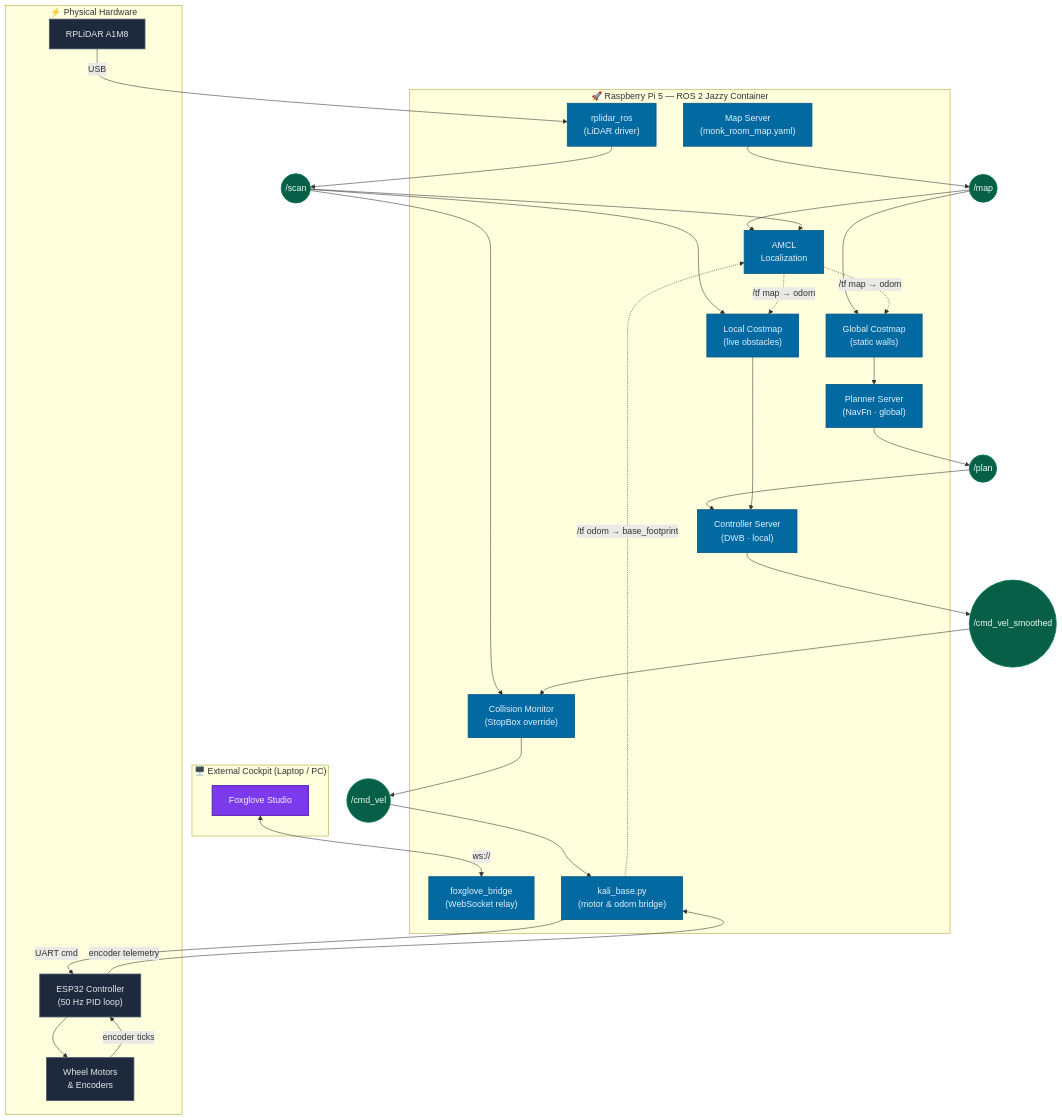
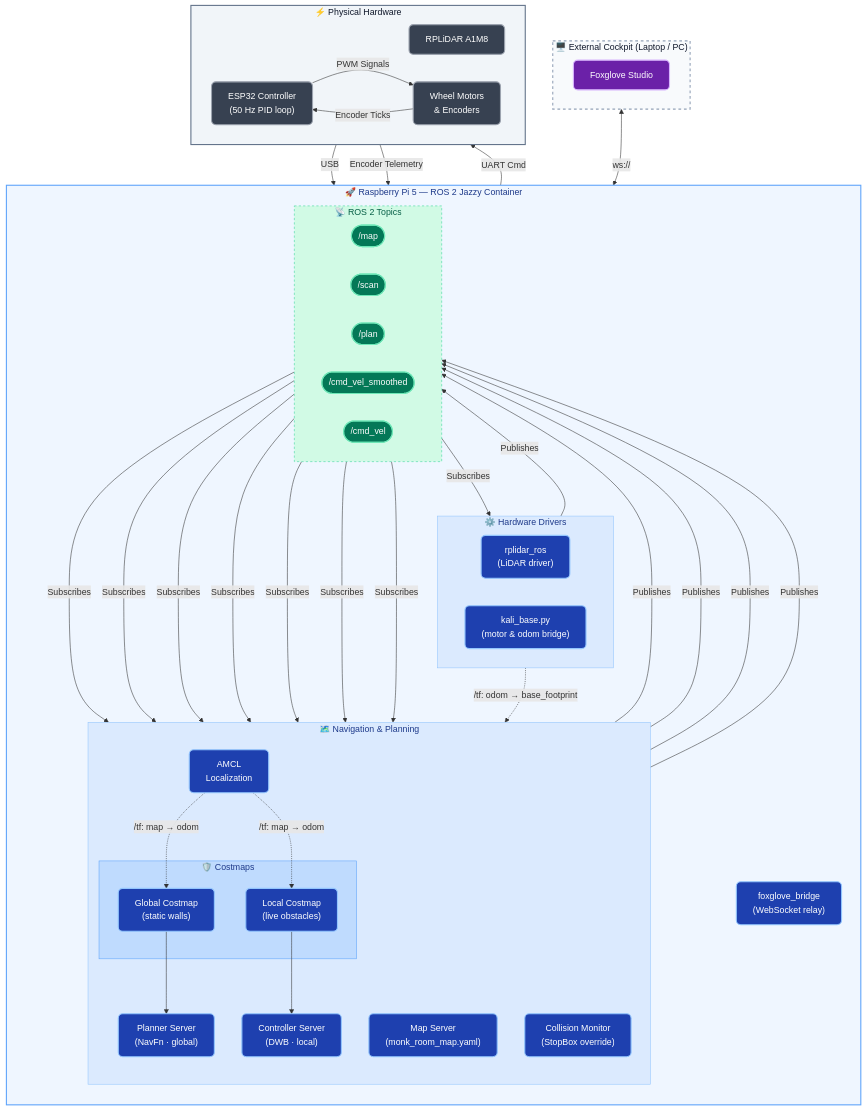
One commit to harshagm665-netizen/amr-nav-stack changed the diagram in README.md. Above: the diagram before and after it, drawn with Mermaid.

Commit message:
docs: Update architecture mermaid chart to professional style

````diff
--- a/README.md
+++ b/README.md
@@ -34,75 +34,112 @@
 ```mermaid
 flowchart TB
-    classDef cockpit  fill:#7c3aed,stroke:#5b21b6,stroke-width:2px,color:#f5f3ff
-    classDef rosnode  fill:#0369a1,stroke:#075985,stroke-width:1.5px,color:#e0f2fe
-    classDef topic    fill:#065f46,stroke:#047857,stroke-width:1.5px,color:#ecfdf5
-    classDef hardware fill:#1e293b,stroke:#475569,stroke-width:1.5px,color:#e2e8f0
+    %% Styling Definitions
+    classDef cockpit  fill:#6B21A8,stroke:#D8B4FE,stroke-width:2px,color:#FFFFFF,rx:8,ry:8
+    classDef rosnode  fill:#1E40AF,stroke:#93C5FD,stroke-width:2px,color:#FFFFFF,rx:8,ry:8
+    classDef topic    fill:#047857,stroke:#6EE7B7,stroke-width:2px,color:#FFFFFF,rx:15,ry:15
+    classDef hardware fill:#374151,stroke:#9CA3AF,stroke-width:2px,color:#FFFFFF,rx:8,ry:8
 
-    subgraph Cockpit["🖥️  External Cockpit  (Laptop / PC)"]
+    %% Cockpit Environment
+    subgraph Cockpit ["🖥️ External Cockpit (Laptop / PC)"]
+        direction LR
         Studio["Foxglove Studio"]:::cockpit
     end
 
-    subgraph Pi["🚀  Raspberry Pi 5  —  ROS 2 Jazzy Container"]
+    %% Raspberry Pi Environment
+    subgraph Pi ["🚀 Raspberry Pi 5 — ROS 2 Jazzy Container"]
+        direction TB
         Bridge["foxglove_bridge<br/>(WebSocket relay)"]:::rosnode
-        MapSrv["Map Server<br/>(monk_room_map.yaml)"]:::rosnode
-        AMCL["AMCL<br/>Localization"]:::rosnode
-        GCost["Global Costmap<br/>(static walls)"]:::rosnode
-        LCost["Local Costmap<br/>(live obstacles)"]:::rosnode
-        Planner["Planner Server<br/>(NavFn · global)"]:::rosnode
-        Ctrl["Controller Server<br/>(DWB · local)"]:::rosnode
-        CollMon["Collision Monitor<br/>(StopBox override)"]:::rosnode
-        Base["kali_base.py<br/>(motor & odom bridge)"]:::rosnode
-        LidarDrv["rplidar_ros<br/>(LiDAR driver)"]:::rosnode
+
+        subgraph Navigation ["🗺️ Navigation & Planning"]
+            direction TB
+            MapSrv["Map Server<br/>(monk_room_map.yaml)"]:::rosnode
+            AMCL["AMCL<br/>Localization"]:::rosnode
+            
+            subgraph Costmaps ["🛡️ Costmaps"]
+                GCost["Global Costmap<br/>(static walls)"]:::rosnode
+                LCost["Local Costmap<br/>(live obstacles)"]:::rosnode
+            end
+            
+            Planner["Planner Server<br/>(NavFn · global)"]:::rosnode
+            Ctrl["Controller Server<br/>(DWB · local)"]:::rosnode
+            CollMon["Collision Monitor<br/>(StopBox override)"]:::rosnode
+        end
+
+        subgraph Drivers ["⚙️ Hardware Drivers"]
+            direction LR
+            LidarDrv["rplidar_ros<br/>(LiDAR driver)"]:::rosnode
+            Base["kali_base.py<br/>(motor & odom bridge)"]:::rosnode
+        end
+        
+        %% Topics as Hubs
+        subgraph Topics ["📡 ROS 2 Topics"]
+            direction LR
+            T_Map(["/map"]):::topic
+            T_Scan(["/scan"]):::topic
+            T_Plan(["/plan"]):::topic
+            T_Smooth(["/cmd_vel_smoothed"]):::topic
+            T_Cmd(["/cmd_vel"]):::topic
+        end
     end
 
-    subgraph HW["⚡  Physical Hardware"]
+    %% Hardware Environment
+    subgraph HW ["⚡ Physical Hardware"]
+        direction LR
         RPLIDAR["RPLiDAR A1M8"]:::hardware
         ESP32["ESP32 Controller<br/>(50 Hz PID loop)"]:::hardware
         Motors["Wheel Motors<br/>& Encoders"]:::hardware
     end
 
-    %% ── ROS 2 Topics (pub/sub hubs) ──────────────────────────
-    T_Map(("/map")):::topic
-    T_Scan(("/scan")):::topic
-    T_Plan(("/plan")):::topic
-    T_Smooth(("/cmd_vel_smoothed")):::topic
-    T_Cmd(("/cmd_vel")):::topic
+    %% ==========================================
+    %% Edge Connections & Pipelines
+    %% ==========================================
 
-    %% ── Cockpit ↔ Bridge ─────────────────────────────────────
+    %% Cockpit ↔ Bridge
     Studio <-->|"ws://"| Bridge
 
-    %% ── Map pipeline ─────────────────────────────────────────
-    MapSrv --> T_Map
-    T_Map --> AMCL
-    T_Map --> GCost
+    %% Sensor Data Flow
+    RPLIDAR -->|"USB"| LidarDrv
+    LidarDrv -->|"Publishes"| T_Scan
+    T_Scan -->|"Subscribes"| AMCL
+    T_Scan -->|"Subscribes"| LCost
+    T_Scan -->|"Subscribes"| CollMon
 
-    %% ── Scan pipeline ────────────────────────────────────────
-    RPLIDAR -->|"USB"| LidarDrv
-    LidarDrv --> T_Scan
-    T_Scan --> AMCL
-    T_Scan --> LCost
-    T_Scan --> CollMon
+    %% Map Pipeline
+    MapSrv -->|"Publishes"| T_Map
+    T_Map -->|"Subscribes"| AMCL
+    T_Map -->|"Subscribes"| GCost
 
-    %% ── TF / Odom (dashed = coordinate transforms) ──────────
-    Base -.->|"/tf  odom → base_footprint"| AMCL
-    AMCL -.->|"/tf  map → odom"| GCost
-    AMCL -.->|"/tf  map → odom"| LCost
+    %% TF / Odom (Coordinate Transforms)
+    Base -.->|"/tf: odom → base_footprint"| AMCL
+    AMCL -.->|"/tf: map → odom"| GCost
+    AMCL -.->|"/tf: map → odom"| LCost
 
-    %% ── Planning pipeline ────────────────────────────────────
+    %% Planning Pipeline
     GCost --> Planner
-    Planner --> T_Plan
-    T_Plan --> Ctrl
+    Planner -->|"Publishes"| T_Plan
+    T_Plan -->|"Subscribes"| Ctrl
 
-    %% ── Control pipeline ─────────────────────────────────────
+    %% Control Pipeline
     LCost --> Ctrl
-    Ctrl --> T_Smooth
-    T_Smooth --> CollMon
-    CollMon --> T_Cmd
-    T_Cmd --> Base
+    Ctrl -->|"Publishes"| T_Smooth
+    T_Smooth -->|"Subscribes"| CollMon
+    CollMon -->|"Publishes"| T_Cmd
+    T_Cmd -->|"Subscribes"| Base
 
-    %% ── Motor / encoder loop ─────────────────────────────────
-    Base -->|"UART cmd"| ESP32
-    ESP32 -->|"encoder telemetry"| Base
-    ESP32 --> Motors
-    Motors -->|"encoder ticks"| ESP32
+    %% Motor Control Loop
+    Base -->|"UART Cmd"| ESP32
+    ESP32 -->|"Encoder Telemetry"| Base
+    ESP32 -->|"PWM Signals"| Motors
+    Motors -->|"Encoder Ticks"| ESP32
+
+    %% ==========================================
+    %% Subgraph Styling
+    %% ==========================================
+    style Cockpit fill:#F8FAFC,stroke:#94A3B8,stroke-width:2px,stroke-dasharray: 5 5,color:#0F172A
+    style Pi fill:#EFF6FF,stroke:#60A5FA,stroke-width:2px,color:#1E3A8A
+    style HW fill:#F1F5F9,stroke:#64748B,stroke-width:2px,color:#0F172A
+    style Navigation fill:#DBEAFE,stroke:#93C5FD,stroke-width:1px,color:#1E3A8A
+    style Costmaps fill:#BFDBFE,stroke:#60A5FA,stroke-width:1px,color:#1E3A8A
+    style Drivers fill:#DBEAFE,stroke:#93C5FD,stroke-width:1px,color:#1E3A8A
+    style Topics fill:#D1FAE5,stroke:#34D399,stroke-width:1px,stroke-dasharray: 4 4,color:#065F46
 ```
````
